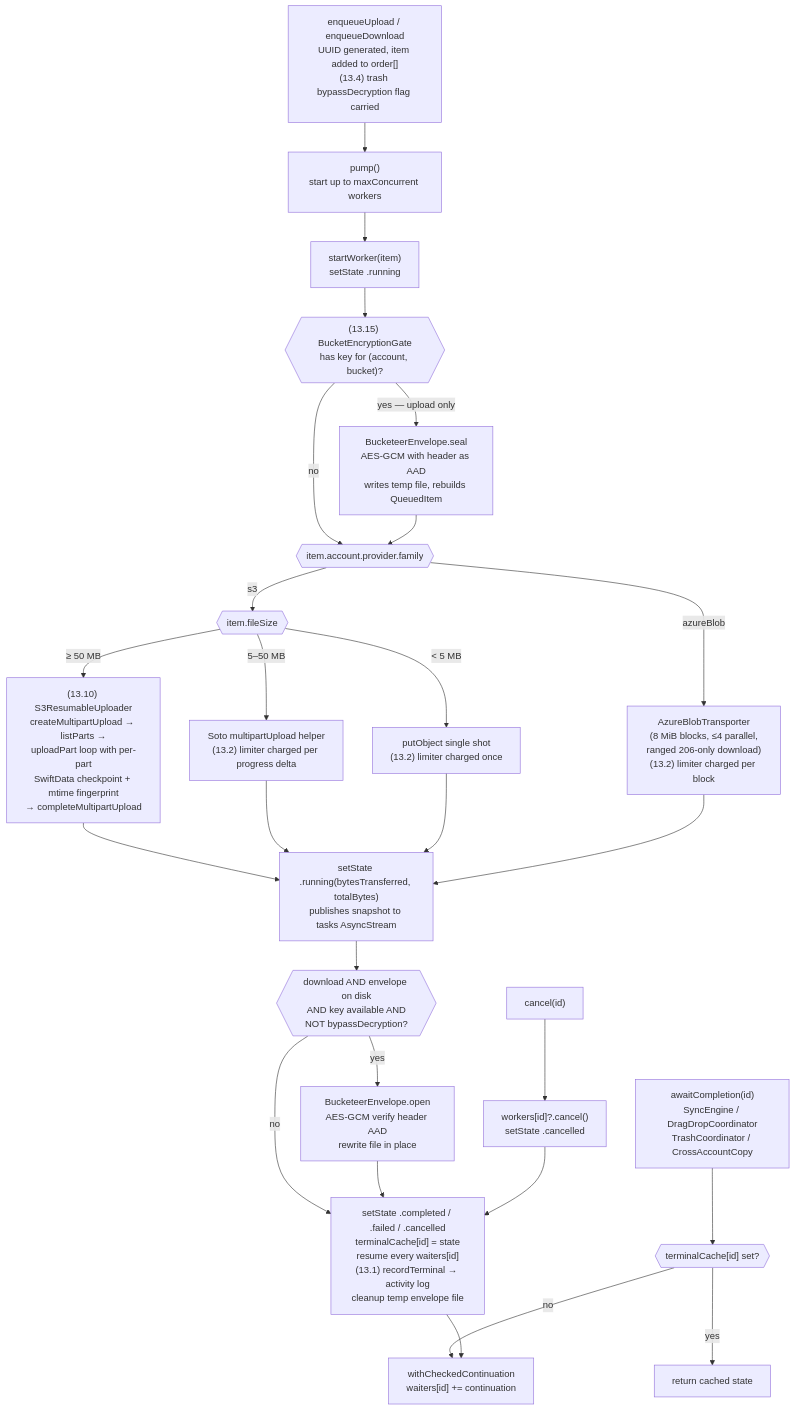
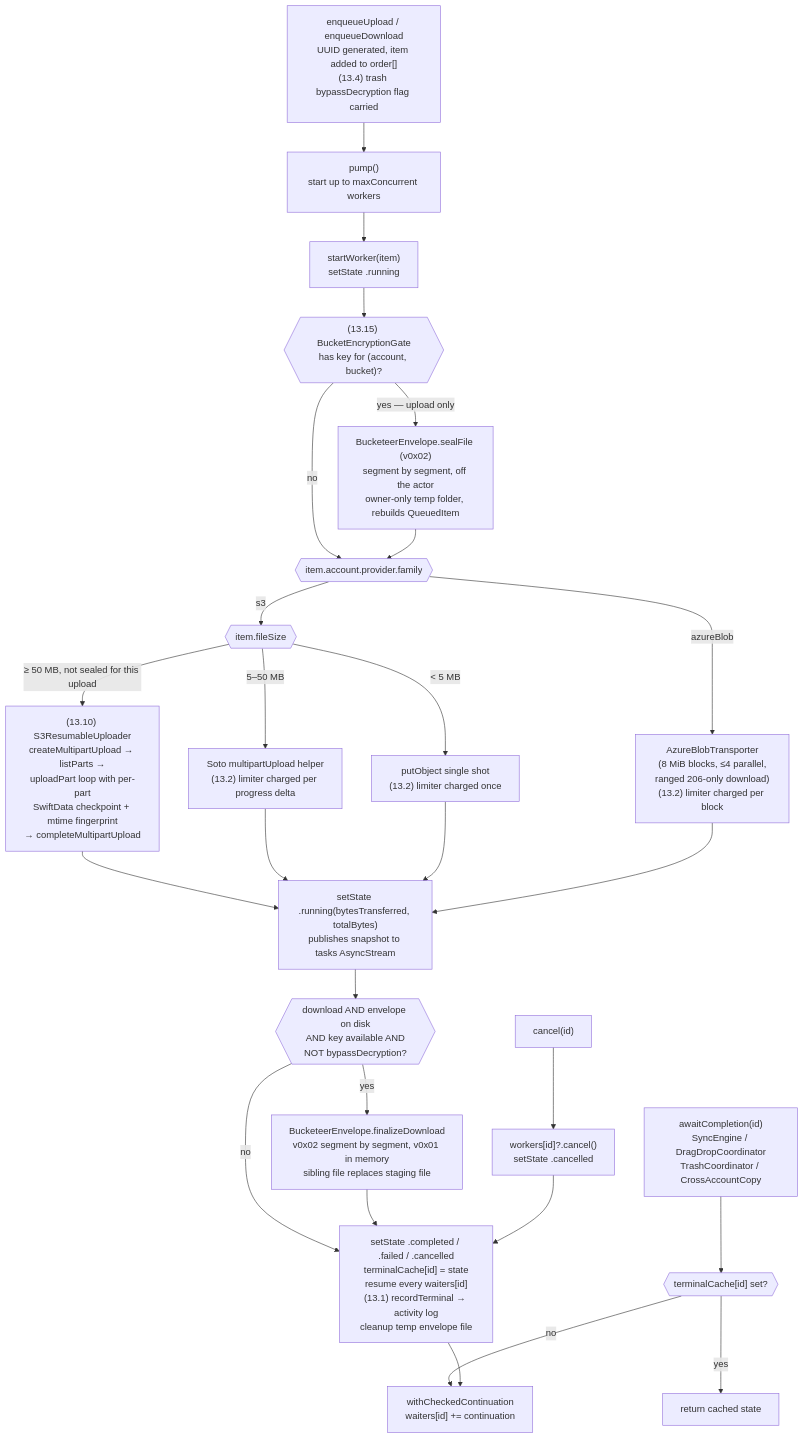
Diagram 16 of 20 in docs/ARCHITECTURE.md (digitalfreedom-co-za/bucketeer), drawn with Mermaid before and after one commit. The commit also changed other lines of this file and 9 other files, not shown here.

First line of the commit message:
feat(encryption): segmented envelope v0x02 with streaming seal and open

````diff
--- a/docs/ARCHITECTURE.md
+++ b/docs/ARCHITECTURE.md
@@ -883,34 +883,34 @@
 ```mermaid
 flowchart TD
     Enqueue["enqueueUpload / enqueueDownload<br/>UUID generated, item added to order[]<br/>(13.4) trash bypassDecryption flag carried"]
     Enqueue --> Pump["pump()<br/>start up to maxConcurrent workers"]
     Pump --> Worker["startWorker(item)<br/>setState .running"]
     Worker --> EncryptGate{{"(13.15) BucketEncryptionGate<br/>has key for (account, bucket)?"}}
-    EncryptGate -->|"yes — upload only"| Seal["BucketeerEnvelope.seal<br/>AES-GCM with header as AAD<br/>writes temp file, rebuilds QueuedItem"]
+    EncryptGate -->|"yes — upload only"| Seal["BucketeerEnvelope.sealFile (v0x02)<br/>segment by segment, off the actor<br/>owner-only temp folder, rebuilds QueuedItem"]
     EncryptGate -->|"no"| Route
     Seal --> Route
     Route{{"item.account.provider.family"}}
     Route -->|"s3"| Size{{"item.fileSize"}}
     Route -->|"azureBlob"| Azure["AzureBlobTransporter<br/>(8 MiB blocks, ≤4 parallel,<br/>ranged 206-only download)<br/>(13.2) limiter charged per block"]
-    Size -->|"≥ 50 MB"| Resumable["(13.10) S3ResumableUploader<br/>createMultipartUpload → listParts →<br/>uploadPart loop with per-part<br/>SwiftData checkpoint + mtime fingerprint<br/>→ completeMultipartUpload"]
+    Size -->|"≥ 50 MB, not sealed for this upload"| Resumable["(13.10) S3ResumableUploader<br/>createMultipartUpload → listParts →<br/>uploadPart loop with per-part<br/>SwiftData checkpoint + mtime fingerprint<br/>→ completeMultipartUpload"]
     Size -->|"5–50 MB"| Soto["Soto multipartUpload helper<br/>(13.2) limiter charged per progress delta"]
     Size -->|"< 5 MB"| SinglePut["putObject single shot<br/>(13.2) limiter charged once"]
     Resumable --> Progress
     Soto --> Progress
     SinglePut --> Progress
     Azure --> Progress
     Progress["setState .running(bytesTransferred, totalBytes)<br/>publishes snapshot to tasks AsyncStream"]
     Progress --> DownloadGate{{"download AND envelope on disk<br/>AND key available AND<br/>NOT bypassDecryption?"}}
-    DownloadGate -->|"yes"| Open["BucketeerEnvelope.open<br/>AES-GCM verify header AAD<br/>rewrite file in place"]
+    DownloadGate -->|"yes"| Open["BucketeerEnvelope.finalizeDownload<br/>v0x02 segment by segment, v0x01 in memory<br/>sibling file replaces staging file"]
     DownloadGate -->|"no"| Terminal
     Open --> Terminal
     Terminal["setState .completed / .failed / .cancelled<br/>terminalCache[id] = state<br/>resume every waiters[id]<br/>(13.1) recordTerminal → activity log<br/>cleanup temp envelope file"]
     Cancel["cancel(id)"] --> SetCancel["workers[id]?.cancel()<br/>setState .cancelled"]
     SetCancel --> Terminal
 
     Await["awaitCompletion(id)<br/>SyncEngine / DragDropCoordinator<br/>TrashCoordinator / CrossAccountCopy"]
     Await --> CheckCache{{"terminalCache[id] set?"}}
     CheckCache -->|"yes"| ReturnCached["return cached state"]
     CheckCache -->|"no"| Suspend["withCheckedContinuation<br/>waiters[id] += continuation"]
     Terminal --> Suspend
 ```
````
